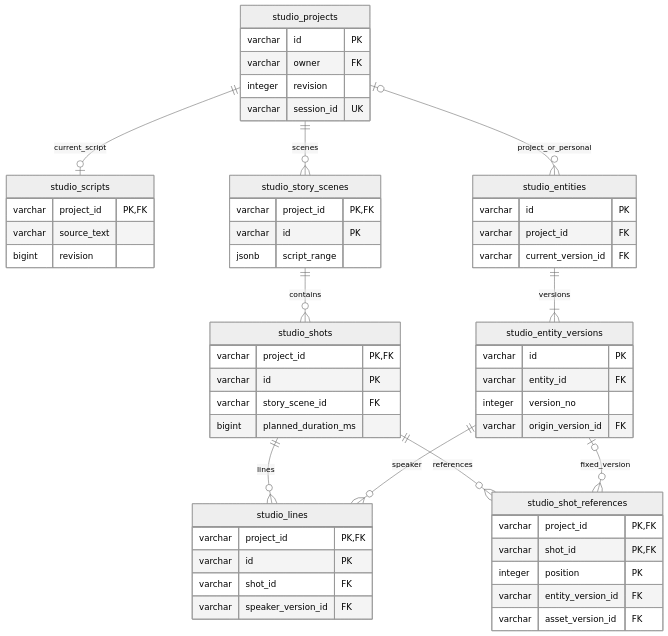
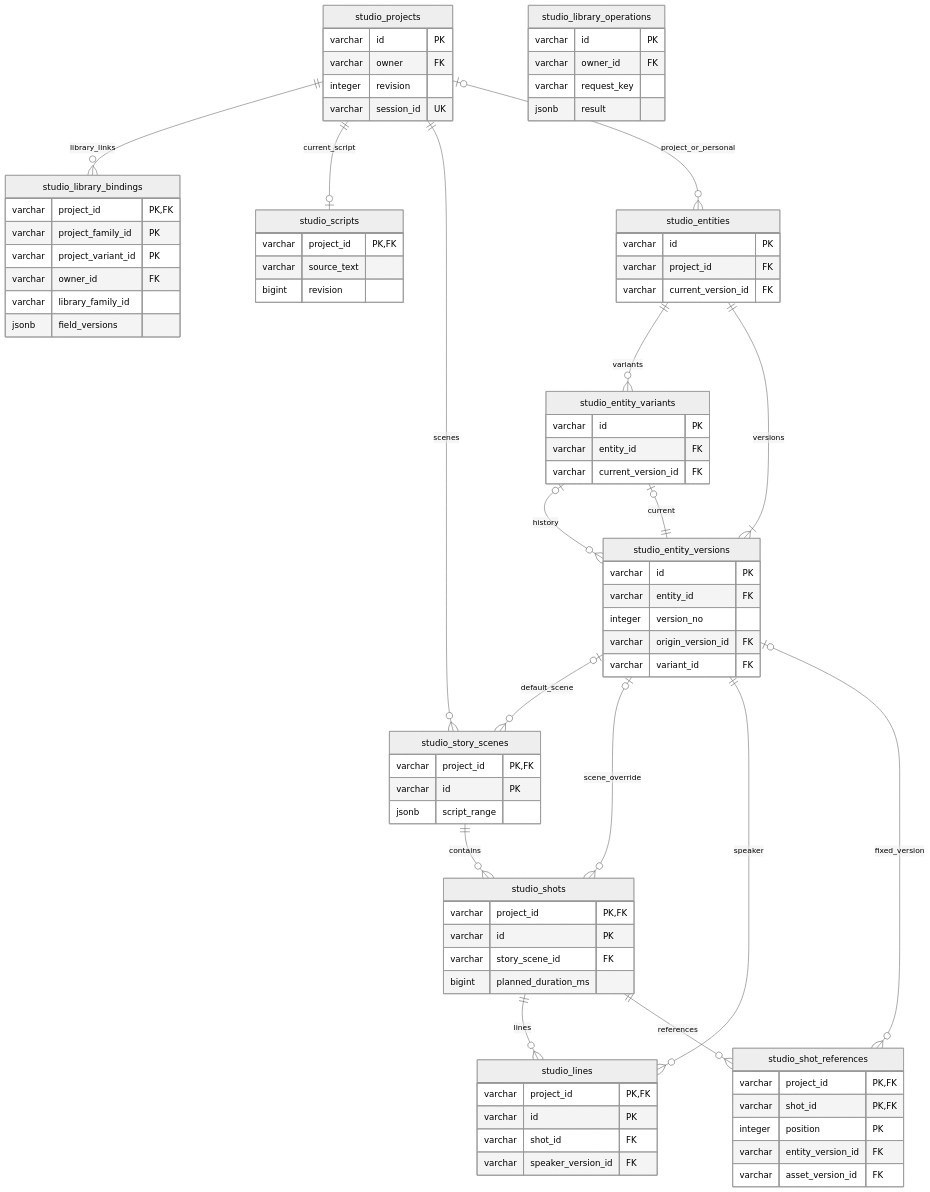
One commit to zhongxinqiao06-spec/SuperDsh changed the first of 6 diagrams in docs/plans/星桥娱乐/数据字典.md. Above: the diagram before and after it, drawn with Mermaid (neutral theme). The commit also changed other lines of this file and 123 other files, not shown here.

```diff
--- a/docs/plans/星桥娱乐/数据字典.md
+++ b/docs/plans/星桥娱乐/数据字典.md
@@ -739,7 +802,33 @@
     varchar entity_id FK
     integer version_no
     varchar origin_version_id FK
+    varchar variant_id FK
   }
+  studio_entity_variants {
+    varchar id PK
+    varchar entity_id FK
+    varchar current_version_id FK
+  }
+  studio_library_bindings {
+    varchar project_id PK,FK
+    varchar project_family_id PK
+    varchar project_variant_id PK
+    varchar owner_id FK
+    varchar library_family_id
+    jsonb field_versions
+  }
+  studio_library_operations {
+    varchar id PK
+    varchar owner_id FK
+    varchar request_key
+    jsonb result
+  }
+  studio_entities ||--o{ studio_entity_variants : variants
+  studio_entity_variants o|--o{ studio_entity_versions : history
+  studio_entity_versions ||--o| studio_entity_variants : current
+  studio_projects ||--o{ studio_library_bindings : library_links
+  studio_entity_versions o|--o{ studio_story_scenes : default_scene
+  studio_entity_versions o|--o{ studio_shots : scene_override
   studio_shot_references {
     varchar project_id PK,FK
     varchar shot_id PK,FK
```
